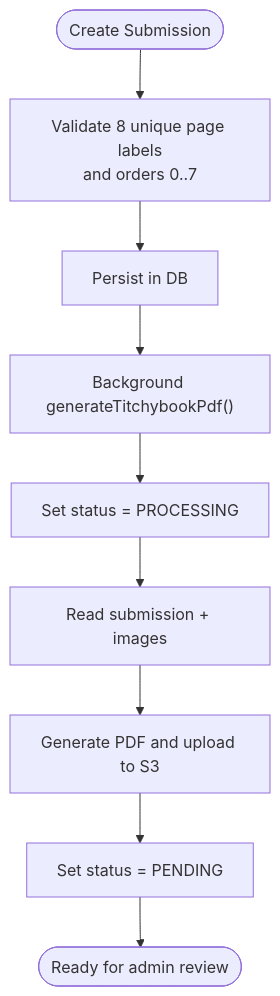
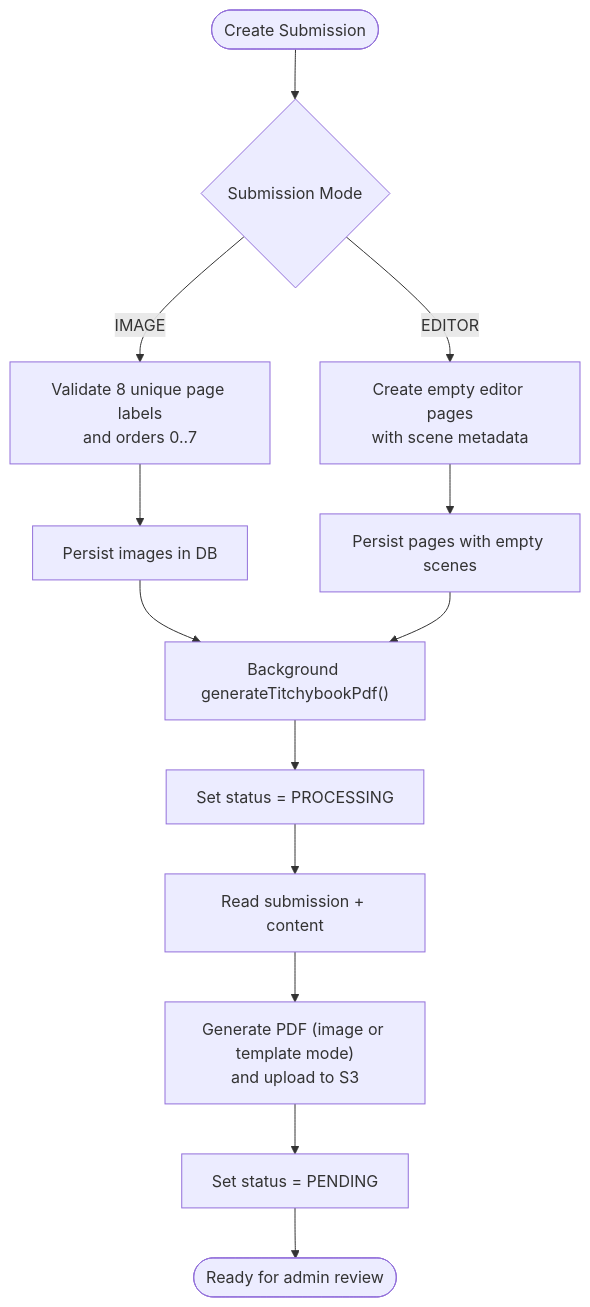
Before and after one commit to Crowdspender/titchybooks-app: the seventh of 8 diagrams in .qoder/repowiki/en/content/PDF Generation Engine/PDF Generation Engine.md, drawn with Mermaid. The commit also changed other lines of this file and 62 other files, not shown here.

````diff
--- a/.qoder/repowiki/en/content/PDF Generation Engine/PDF Generation Engine.md
+++ b/.qoder/repowiki/en/content/PDF Generation Engine/PDF Generation Engine.md
@@ -227,11 +345,15 @@
 ```mermaid
 flowchart TD
-Start(["Create Submission"]) --> Validate["Validate 8 unique page labels<br/>and orders 0..7"]
-Validate --> Persist["Persist in DB"]
-Persist --> BG["Background generateTitchybookPdf()"]
+Start(["Create Submission"]) --> Mode{"Submission Mode"}
+Mode --> |IMAGE| ValidateImages["Validate 8 unique page labels<br/>and orders 0..7"]
+Mode --> |EDITOR| CreatePages["Create empty editor pages<br/>with scene metadata"]
+ValidateImages --> PersistImages["Persist images in DB"]
+CreatePages --> PersistEditor["Persist pages with empty scenes"]
+PersistImages --> BG["Background generateTitchybookPdf()"]
+PersistEditor --> BG
 BG --> StatusProc["Set status = PROCESSING"]
-StatusProc --> Read["Read submission + images"]
-Read --> Gen["Generate PDF and upload to S3"]
+StatusProc --> Read["Read submission + content"]
+Read --> Gen["Generate PDF (image or template mode)<br/>and upload to S3"]
 Gen --> StatusDone["Set status = PENDING"]
 StatusDone --> End(["Ready for admin review"])
 ```
````
